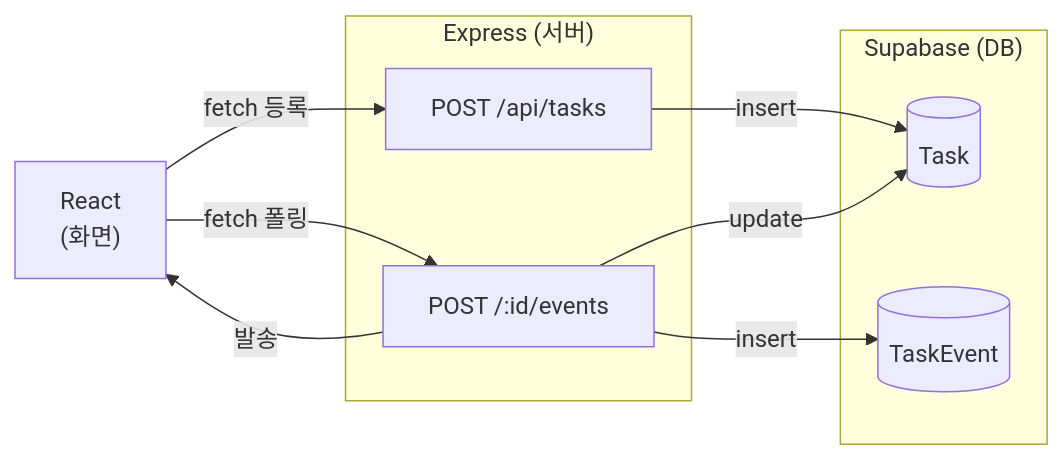
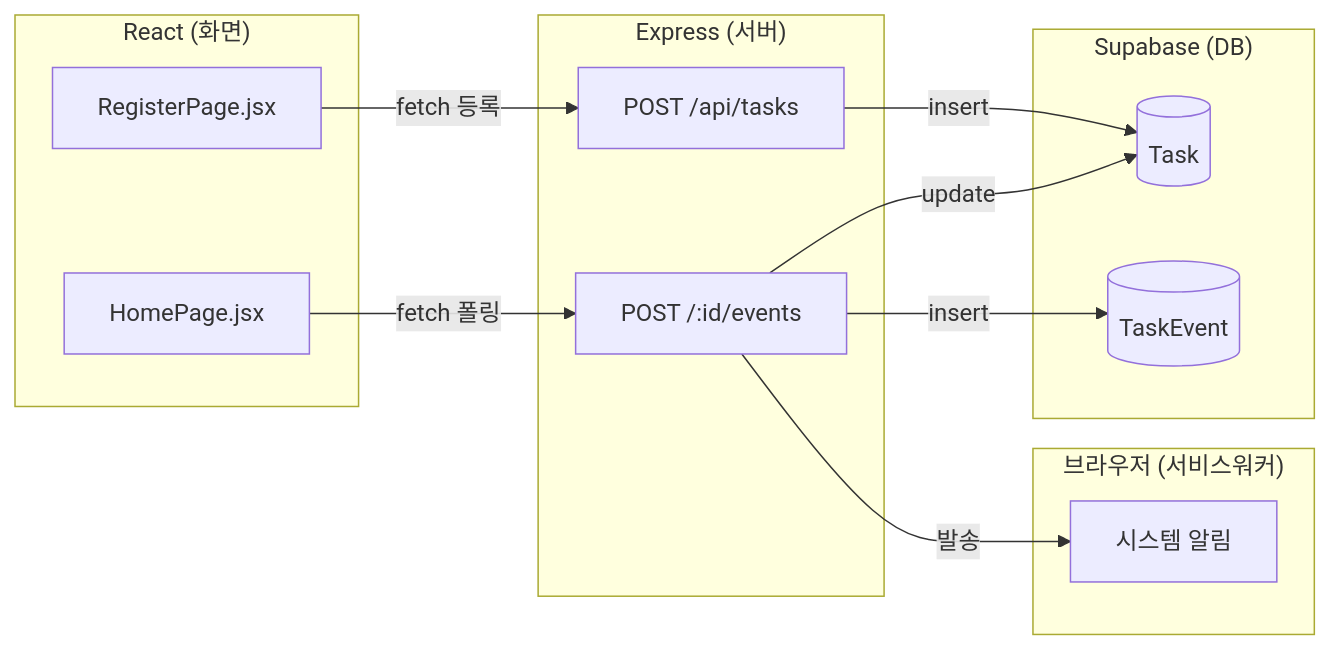
One commit to Mureung1/hub-showcase changed the diagram in README.md. Above: the diagram before and after it, drawn with Mermaid.

Commit message:
docs: README 아키텍처 다이어그램 수정 (화면 subgraph로 컴포넌트 묶음)

````diff
--- a/README.md
+++ b/README.md
@@ -47,21 +47,24 @@
 ```mermaid
 flowchart LR
-    App["React<br/>(화면)"]
-
+    subgraph FE["React (화면)"]
+        Register["RegisterPage.jsx"]
+        Home["HomePage.jsx"]
+    end
     subgraph SRV["Express (서버)"]
         R1["POST /api/tasks"]
         R2["POST /:id/events"]
     end
-
     subgraph DB["Supabase (DB)"]
         Task[("Task")]
         Event[("TaskEvent")]
     end
-
-    App -->|"fetch 등록"| R1
-    App -->|"fetch 폴링"| R2
+    subgraph SW["브라우저 (서비스워커)"]
+        Notif["시스템 알림"]
+    end
+    Register -->|"fetch 등록"| R1
+    Home -->|"fetch 폴링"| R2
     R1 -->|"insert"| Task
     R2 -->|"update"| Task
     R2 -->|"insert"| Event
-    R2 -->|"발송"| App
+    R2 -->|"발송"| Notif
 ```
````
